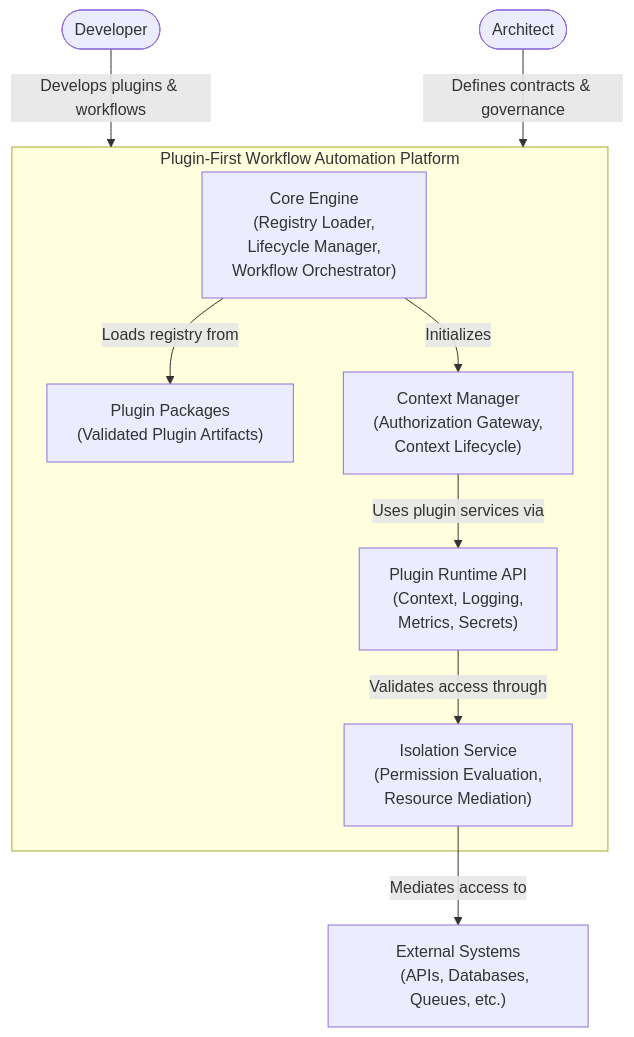
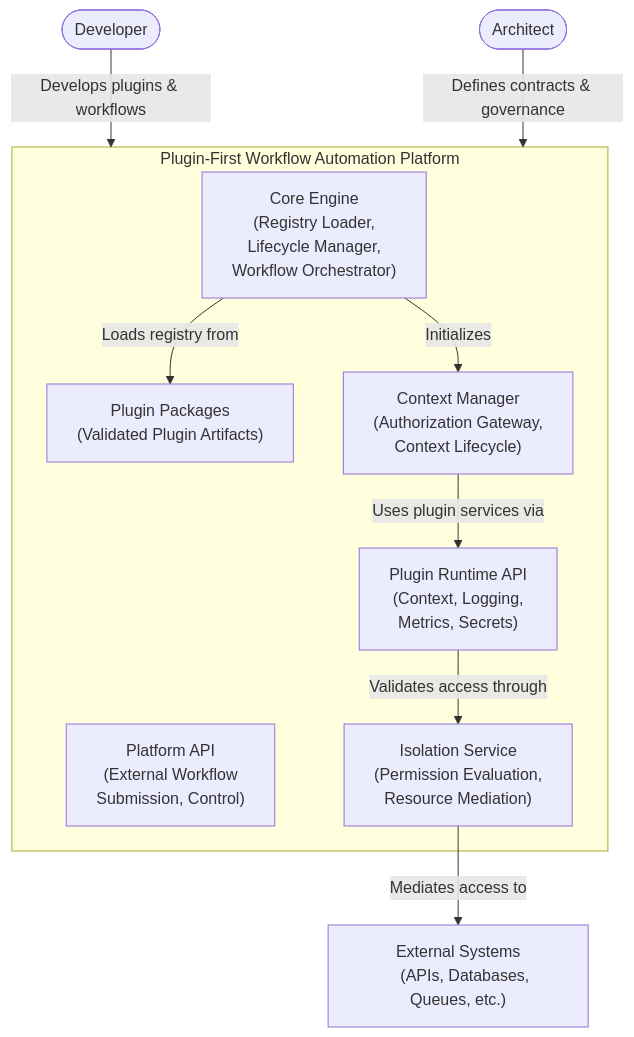
Before and after one commit to camercadop/agentic-workflow-automation-platform: the diagram in docs/architecture/c4/level-1-container.md, drawn with Mermaid. The commit also changed 10 other files, not shown here.

Commit message:
docs: enhance glossary and architecture documentation with standardized definitions and context descriptions

````diff
--- a/docs/architecture/c4/level-1-container.md
+++ b/docs/architecture/c4/level-1-container.md
@@ -3,43 +3,47 @@
 ```mermaid
 flowchart TD
 
     Dev([Developer])
     Arch([Architect])
 
     subgraph PFA["Plugin-First Workflow Automation Platform"]
 
         CE["Core Engine
         (Registry Loader,
         Lifecycle Manager,
         Workflow Orchestrator)"]
 
         PP["Plugin Packages
         (Validated Plugin Artifacts)"]
 
         CM["Context Manager
         (Authorization Gateway,
         Context Lifecycle)"]
 
         RA["Plugin Runtime API
         (Context, Logging,
         Metrics, Secrets)"]
 
+        PS["Platform API
+        (External Workflow
+        Submission, Control)"]
+
         IS["Isolation Service
         (Permission Evaluation,
         Resource Mediation)"]
 
     end
 
     EXT["External Systems
     (APIs, Databases, Queues, etc.)"]
 
     Dev -->|Develops plugins & workflows| PFA
     Arch -->|Defines contracts & governance| PFA
 
     CE -->|Loads registry from| PP
     CE -->|Initializes| CM
 
     CM -->|Uses plugin services via| RA
     RA -->|Validates access through| IS
     IS -->|Mediates access to| EXT
 ```
````
